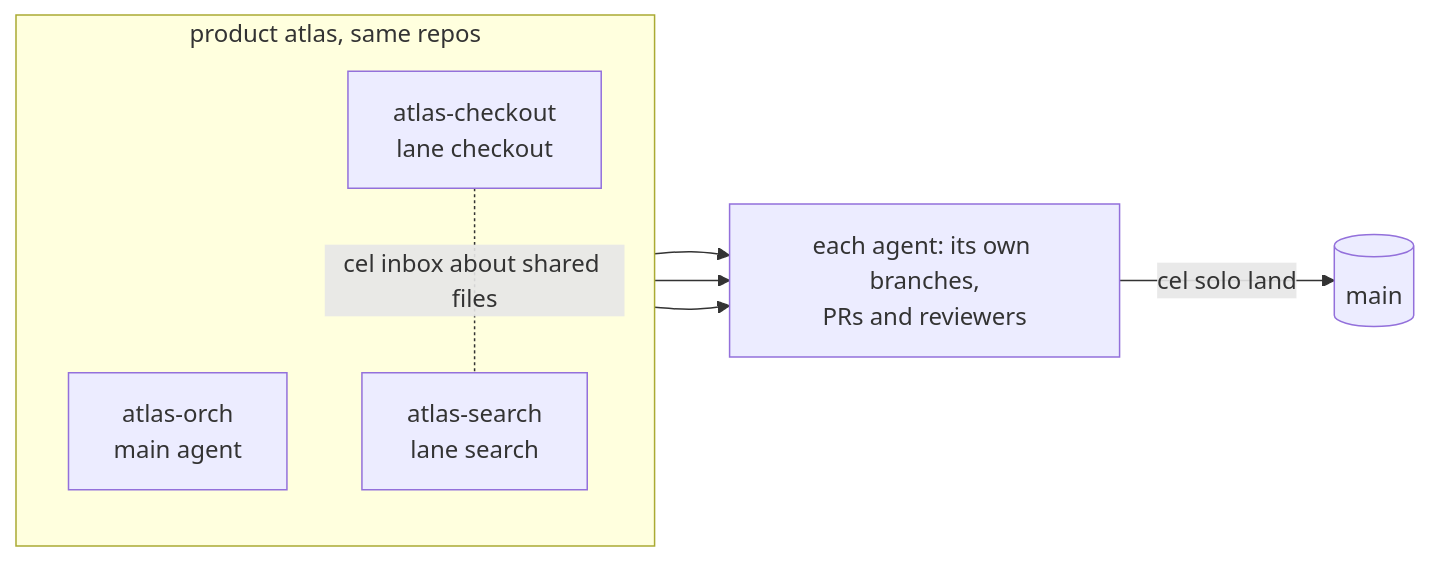
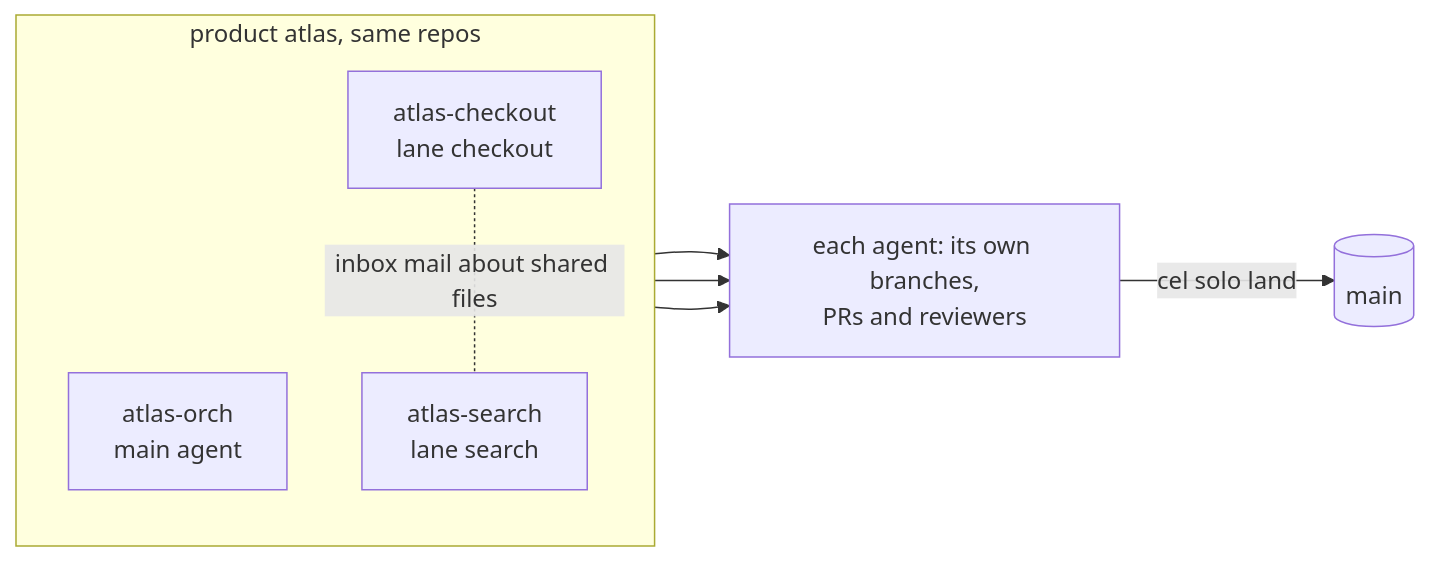
One commit to geoffwellman/celestial changed the third of 6 diagrams in README.md. Above: the diagram before and after it, drawn with Mermaid. The commit also changed other lines of this file and 7 other files, not shown here.

````diff
--- a/README.md
+++ b/README.md
@@ -181,14 +198,14 @@
 ```mermaid
 flowchart LR
   subgraph atlas["product atlas, same repos"]
     direction TB
     orch["atlas-orch<br/>main agent"]
     checkout["atlas-checkout<br/>lane checkout"]
     search["atlas-search<br/>lane search"]
-    checkout -. "cel inbox about shared files" .- search
+    checkout -. "inbox mail about shared files" .- search
   end
   prs["each agent: its own branches,<br/>PRs and reviewers"]
   main[("main")]
   orch & checkout & search --> prs
   prs -- "cel solo land" --> main
 ```
````
